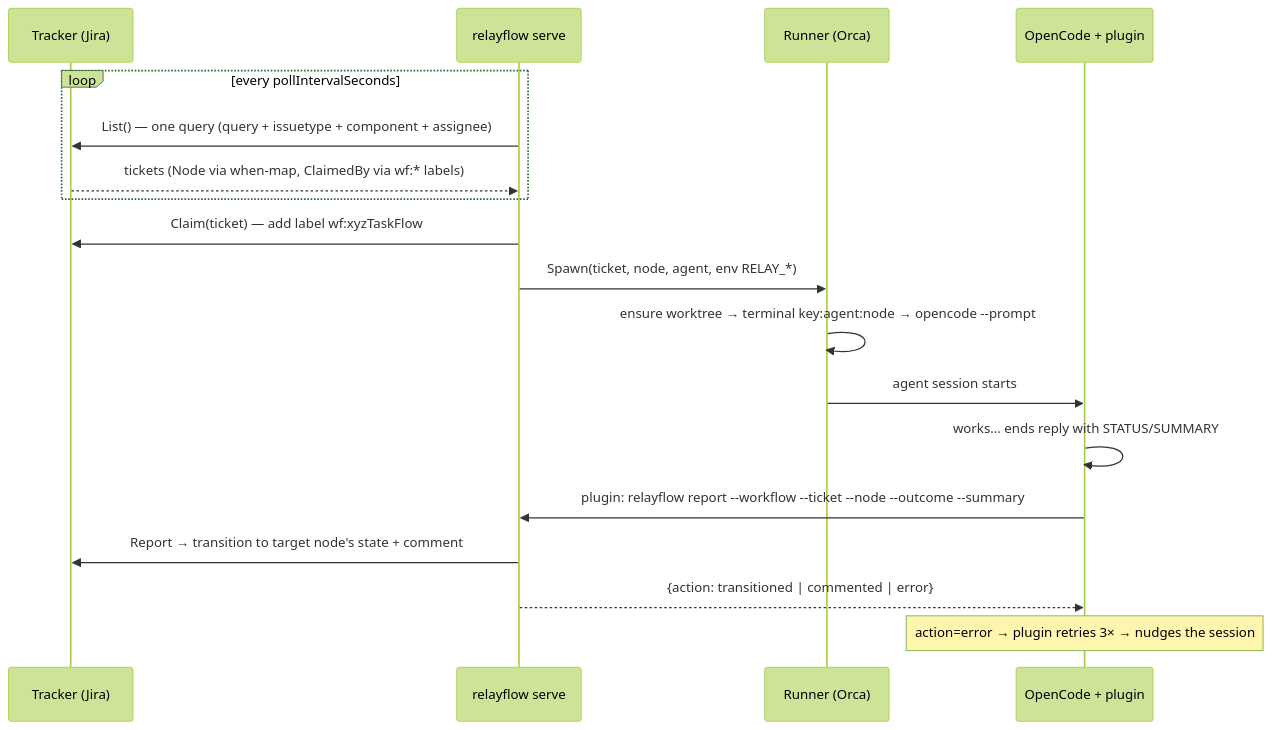
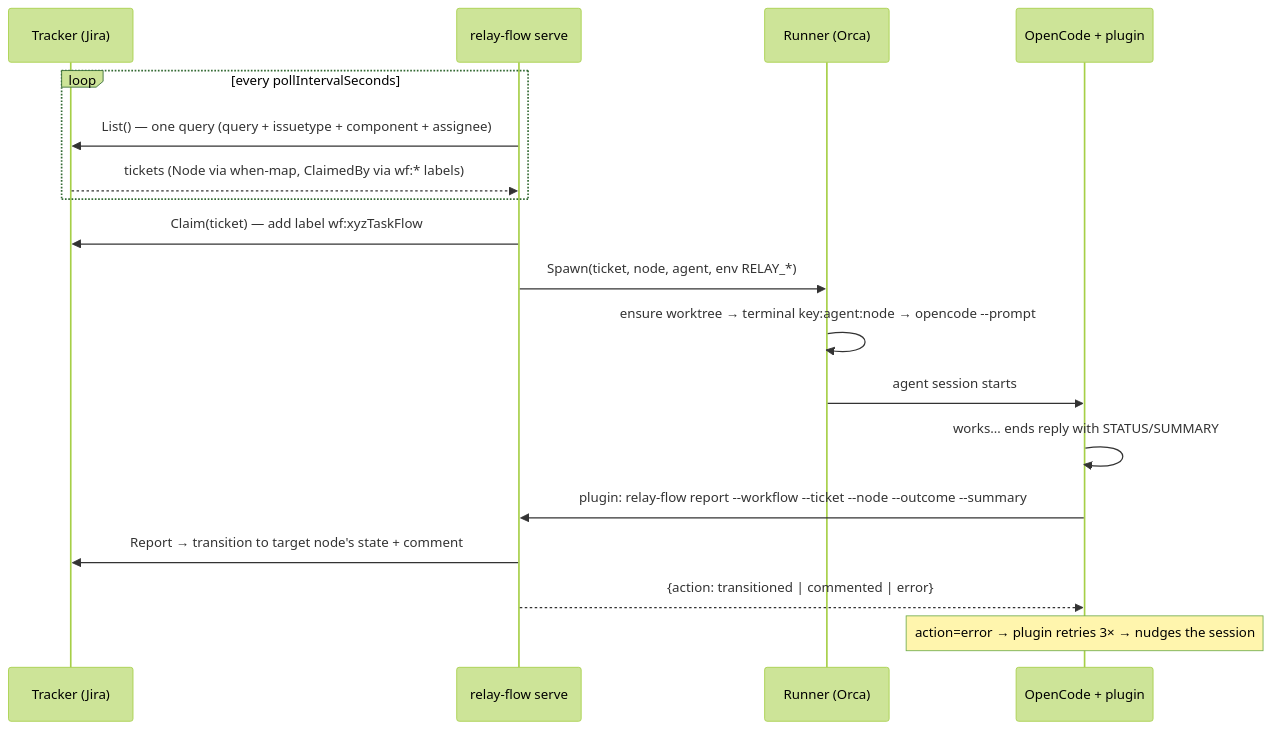
Before and after one commit to rajpopat27/relay-flow: the first of 3 diagrams in README.md, drawn with Mermaid (forest theme). The commit also changed other lines of this file and 63 other files, not shown here.

First line of the commit message:
restructure: go.mod at root, rename to relay-flow, npm OIDC publish

````diff
--- a/README.md
+++ b/README.md
@@ -108,21 +108,21 @@
 ```mermaid
 sequenceDiagram
     participant J as Tracker (Jira)
-    participant S as relayflow serve
+    participant S as relay-flow serve
     participant R as Runner (Orca)
     participant O as OpenCode + plugin
 
     loop every pollIntervalSeconds
         S->>J: List() — one query (query + issuetype + component + assignee)
         J-->>S: tickets (Node via when-map, ClaimedBy via wf:* labels)
     end
     S->>J: Claim(ticket) — add label wf:xyzTaskFlow
     S->>R: Spawn(ticket, node, agent, env RELAY_*)
     R->>R: ensure worktree → terminal key:agent:node → opencode --prompt
     R->>O: agent session starts
     O->>O: works… ends reply with STATUS/SUMMARY
-    O->>S: plugin: relayflow report --workflow --ticket --node --outcome --summary
+    O->>S: plugin: relay-flow report --workflow --ticket --node --outcome --summary
     S->>J: Report → transition to target node's state + comment
     S-->>O: {action: transitioned | commented | error}
     Note over O: action=error → plugin retries 3× → nudges the session
 ```
````
